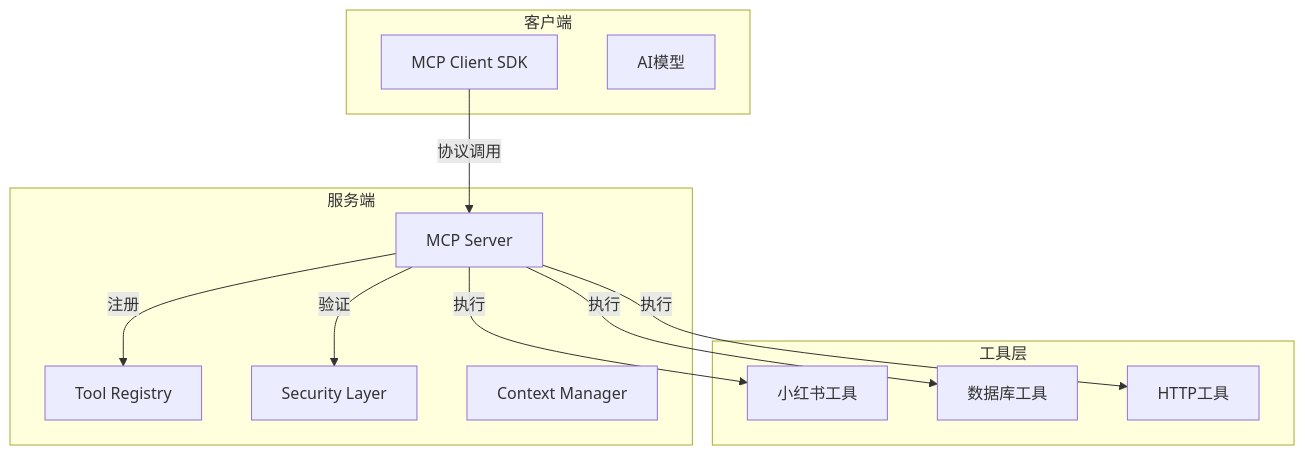
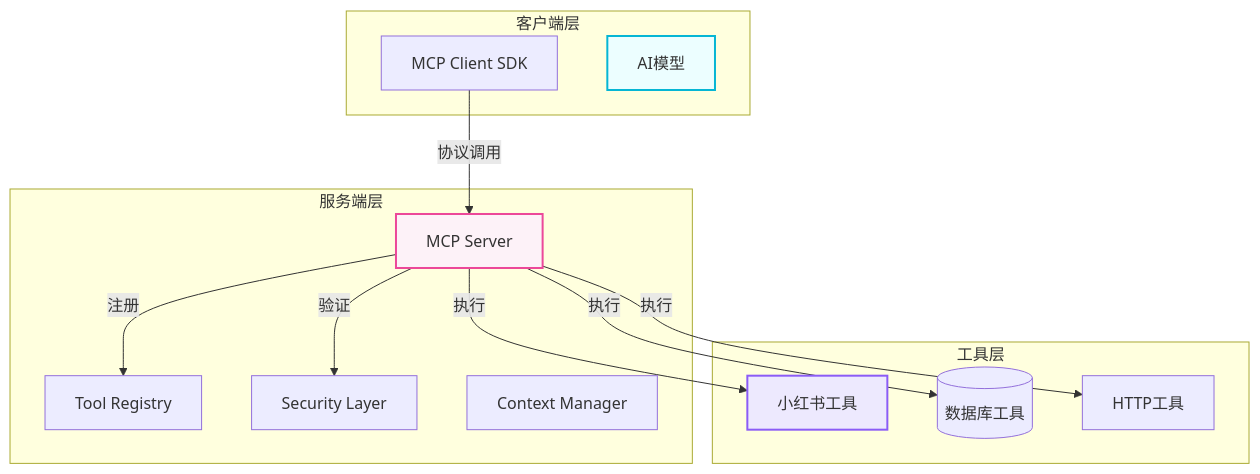
One commit to s233a/slidev-ppt changed the second of 3 diagrams in slides.md. Above: the diagram before and after it, drawn with Mermaid. The commit also changed other lines of this file, not shown here.

````diff
--- a/slides.md
+++ b/slides.md
@@ -60,24 +115,31 @@
 ```mermaid
 graph TB
-    subgraph 服务端
+    subgraph 服务端层
         A[MCP Server]
         B[Tool Registry]
         C[Security Layer]
         D[Context Manager]
     end
+    
     subgraph 工具层
         E[小红书工具]
-        F[数据库工具]
+        F[(数据库工具)]
         G[HTTP工具]
     end
-    subgraph 客户端
+    
+    subgraph 客户端层
         H[MCP Client SDK]
         I[AI模型]
     end
+    
     H -->|协议调用| A
     A -->|注册| B
     A -->|验证| C
     A -->|执行| E
     A -->|执行| F
     A -->|执行| G
+    
+    style A fill:#fdf2f8,stroke:#ec4899,stroke-width:2px
+    style E fill:#ede9fe,stroke:#8b5cf6,stroke-width:2px
+    style I fill:#ecfeff,stroke:#06b6d4,stroke-width:2px
 ```
````
